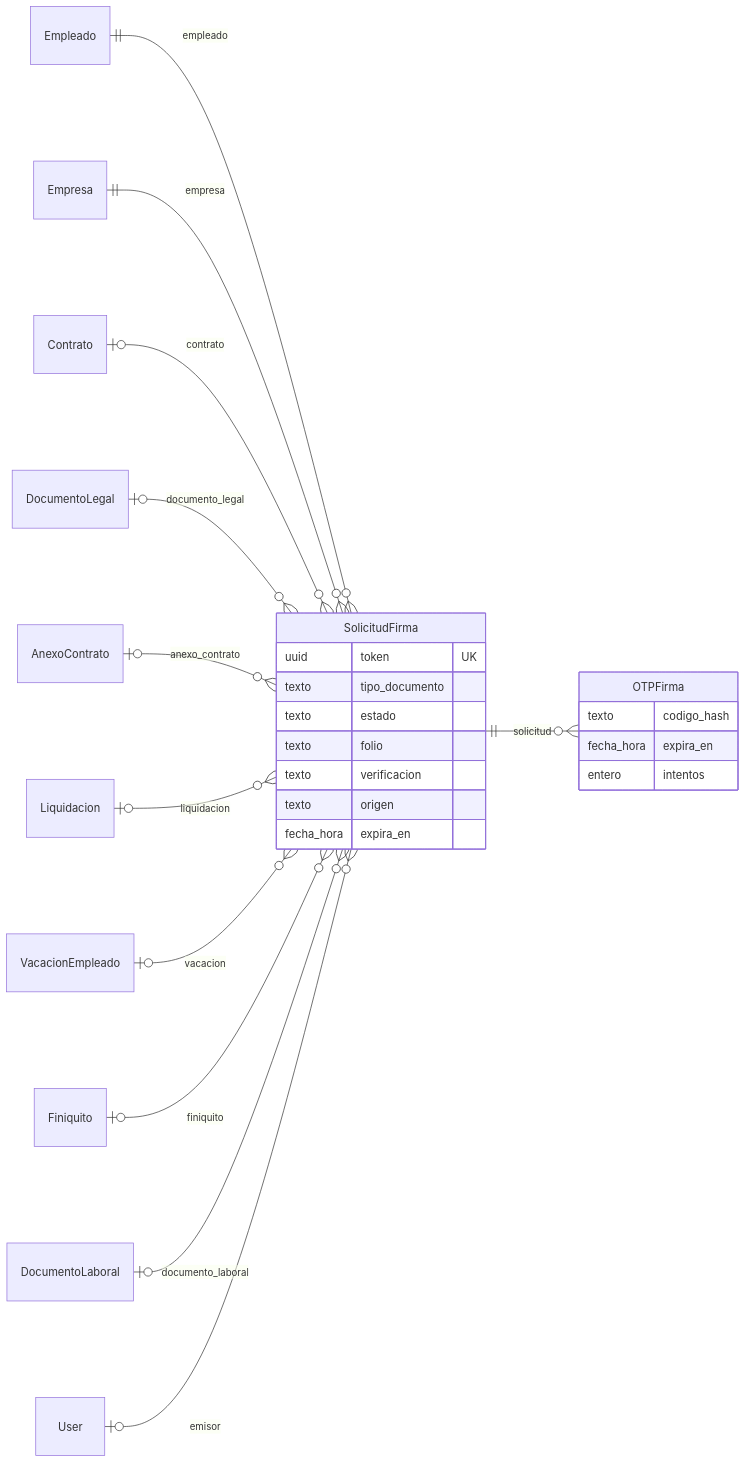
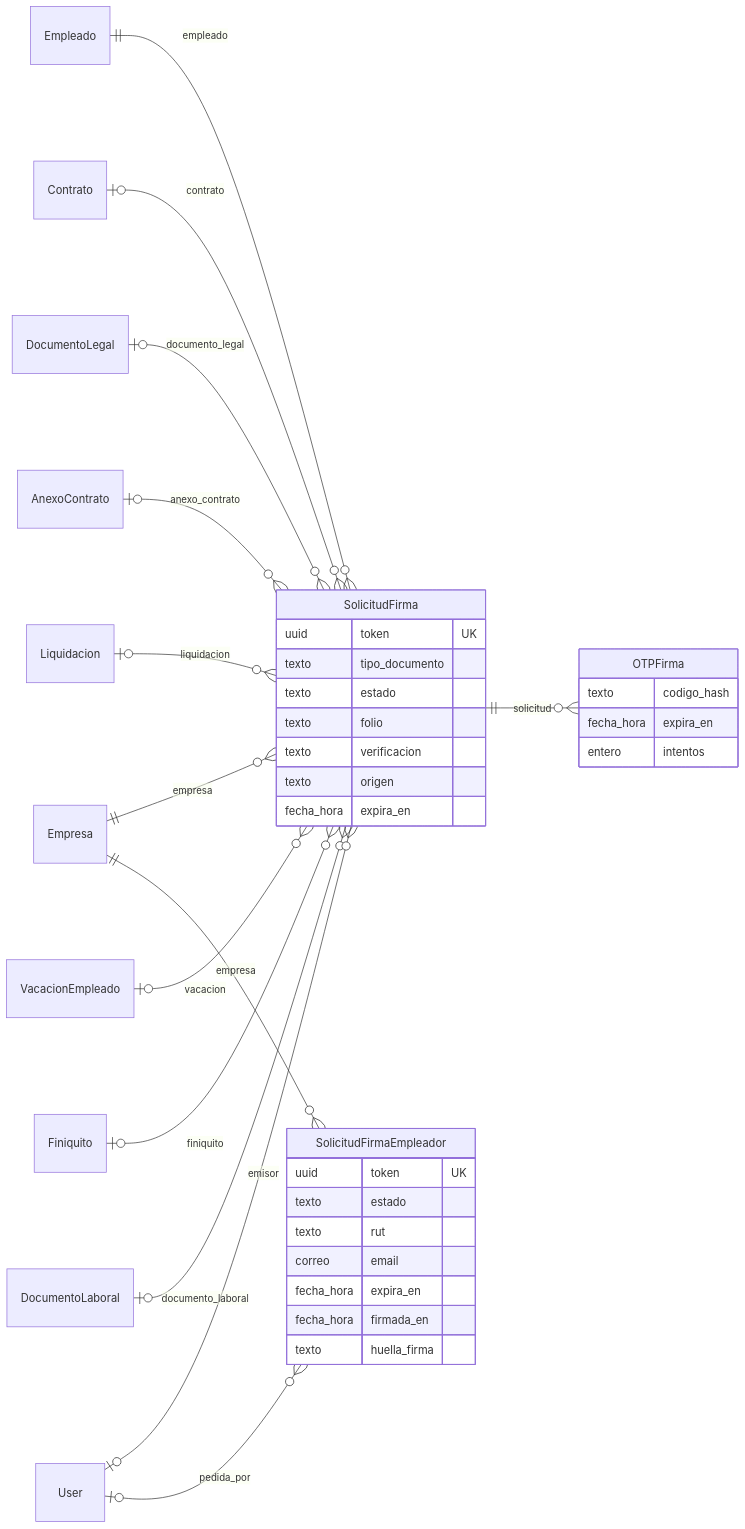
Before and after one commit to FehuDeveloperTeam/jornada40-saas: the diagram in docs/tecnico/figuras/06-er-firma.mmd, drawn with Mermaid. The commit also changed 59 other files, not shown here.

```diff
--- a/docs/tecnico/figuras/06-er-firma.mmd
+++ b/docs/tecnico/figuras/06-er-firma.mmd
@@ -1,28 +1,39 @@
 %% Capítulo 6 · Firma electrónica (generado por herramientas/modelo_datos.py)
 erDiagram
   direction LR
   Empleado ||--o{ SolicitudFirma : "empleado"
   Empresa ||--o{ SolicitudFirma : "empresa"
   Contrato |o--o{ SolicitudFirma : "contrato"
   DocumentoLegal |o--o{ SolicitudFirma : "documento_legal"
   AnexoContrato |o--o{ SolicitudFirma : "anexo_contrato"
   Liquidacion |o--o{ SolicitudFirma : "liquidacion"
   VacacionEmpleado |o--o{ SolicitudFirma : "vacacion"
   Finiquito |o--o{ SolicitudFirma : "finiquito"
   DocumentoLaboral |o--o{ SolicitudFirma : "documento_laboral"
   User |o--o{ SolicitudFirma : "emisor"
   SolicitudFirma ||--o{ OTPFirma : "solicitud"
+  Empresa ||--o{ SolicitudFirmaEmpleador : "empresa"
+  User |o--o{ SolicitudFirmaEmpleador : "pedida_por"
   SolicitudFirma {
     uuid token UK
     texto tipo_documento
     texto estado
     texto folio
     texto verificacion
     texto origen
     fecha_hora expira_en
   }
   OTPFirma {
     texto codigo_hash
     fecha_hora expira_en
     entero intentos
   }
+  SolicitudFirmaEmpleador {
+    uuid token UK
+    texto estado
+    texto rut
+    correo email
+    fecha_hora expira_en
+    fecha_hora firmada_en
+    texto huella_firma
+  }
```
